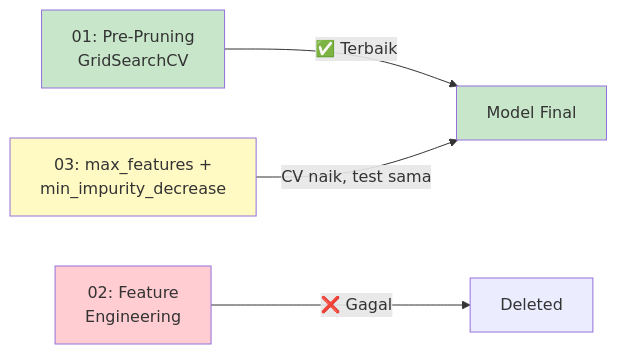
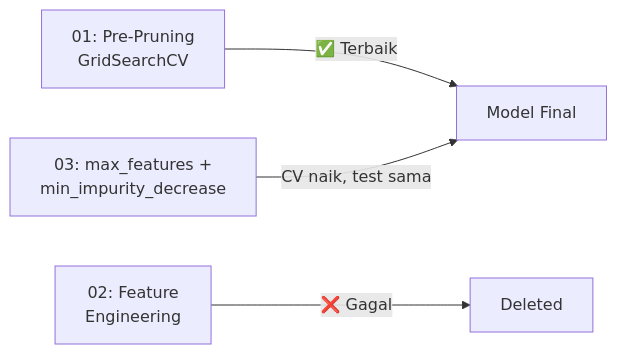
Before and after one commit to ekastn/dm-prediksi-ketepatan-lulus: the third of 3 diagrams in README.md, drawn with Mermaid. The commit also changed other lines of this file and 18 other files, not shown here.

````diff
--- a/README.md
+++ b/README.md
@@ -185,11 +172,6 @@
 ```mermaid
 flowchart LR
     A[01: Pre-Pruning<br/>GridSearchCV] -->|✅ Terbaik| D[Model Final]
     B[02: Feature<br/>Engineering] -->|❌ Gagal| X[Deleted]
     C[03: max_features +<br/>min_impurity_decrease] -->|CV naik, test sama| D
-
-    style A fill:#c8e6c9
-    style B fill:#ffcdd2
-    style C fill:#fff9c4
-    style D fill:#c8e6c9
 ```
````
